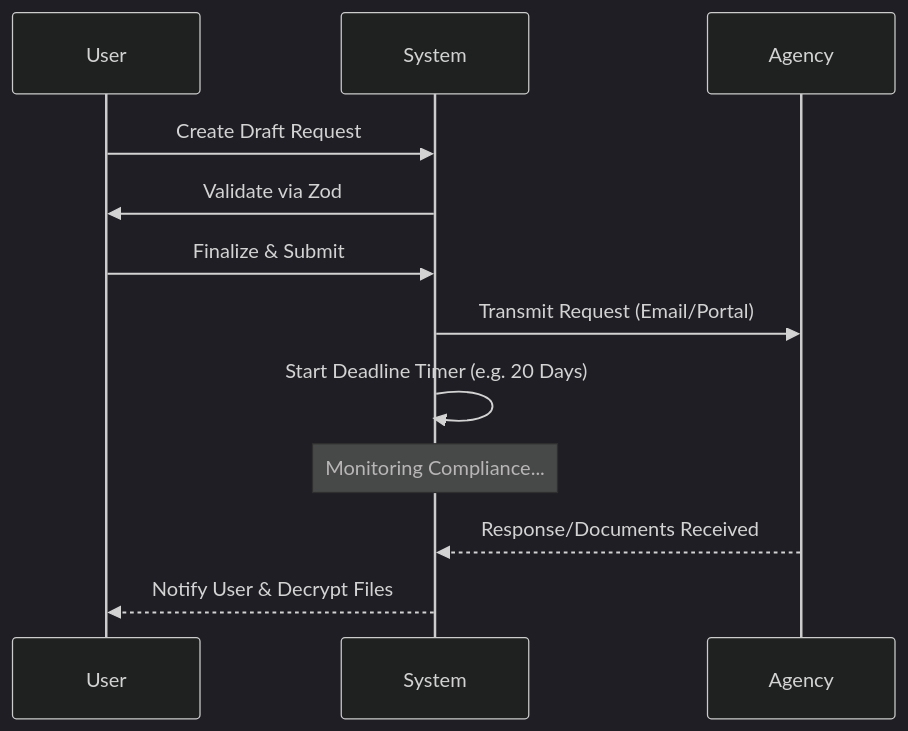
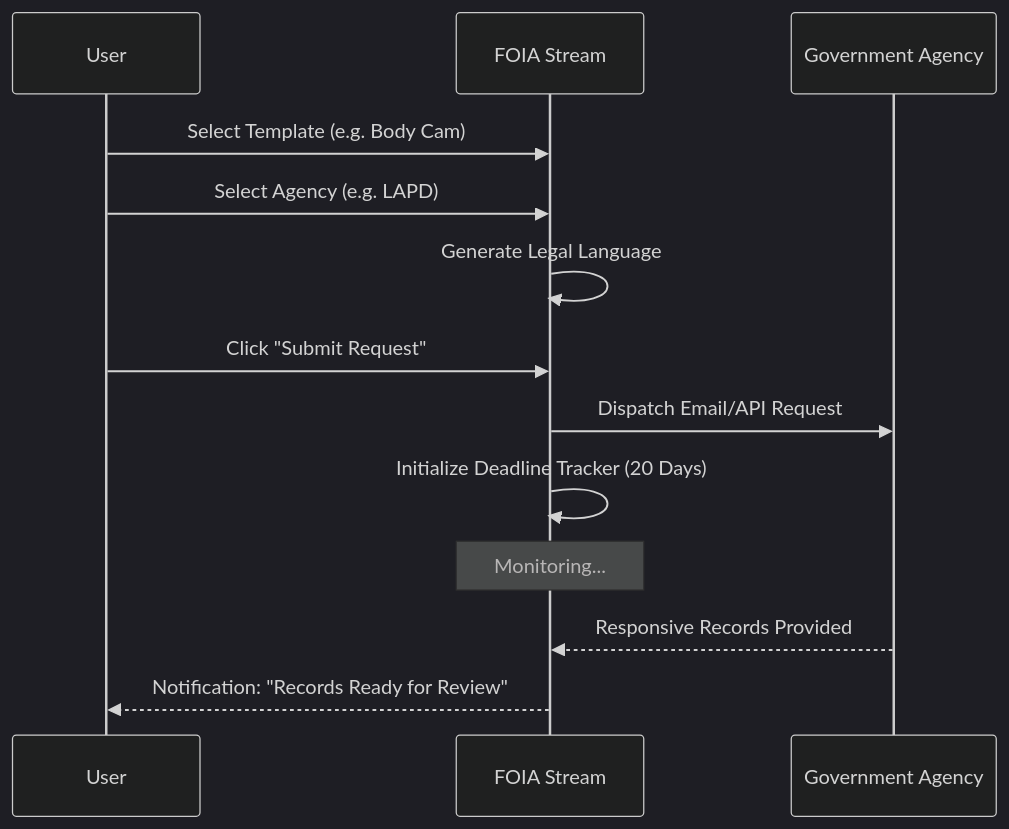
The second of 2 diagrams in README.md (WomB0ComB0/foia-stream), drawn with Mermaid (dark theme) before and after one commit. The commit also changed other lines of this file, not shown here.

````diff
--- a/README.md
+++ b/README.md
@@ -202,15 +188,16 @@
 ```mermaid
 sequenceDiagram
-    participant U as User
-    participant S as System
-    participant A as Agency
+    participant User
+    participant App as FOIA Stream
+    participant Agency as Government Agency
 
-    U->>S: Create Draft Request
-    S->>U: Validate via Zod
-    U->>S: Finalize & Submit
-    S->>A: Transmit Request (Email/Portal)
-    S->>S: Start Deadline Timer (e.g. 20 Days)
-    Note over S: Monitoring Compliance...
-    A-->>S: Response/Documents Received
-    S-->>U: Notify User & Decrypt Files
+    User->>App: Select Template (e.g. Body Cam)
+    User->>App: Select Agency (e.g. LAPD)
+    App->>App: Generate Legal Language
+    User->>App: Click "Submit Request"
+    App->>Agency: Dispatch Email/API Request
+    App->>App: Initialize Deadline Tracker (20 Days)
+    Note over App: Monitoring...
+    Agency-->>App: Responsive Records Provided
+    App-->>User: Notification: "Records Ready for Review"
 ```
````
